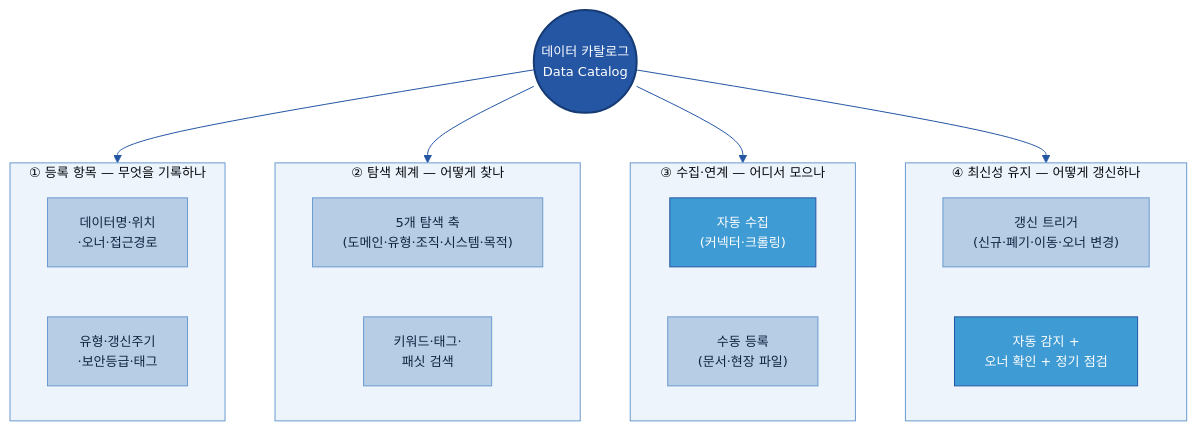
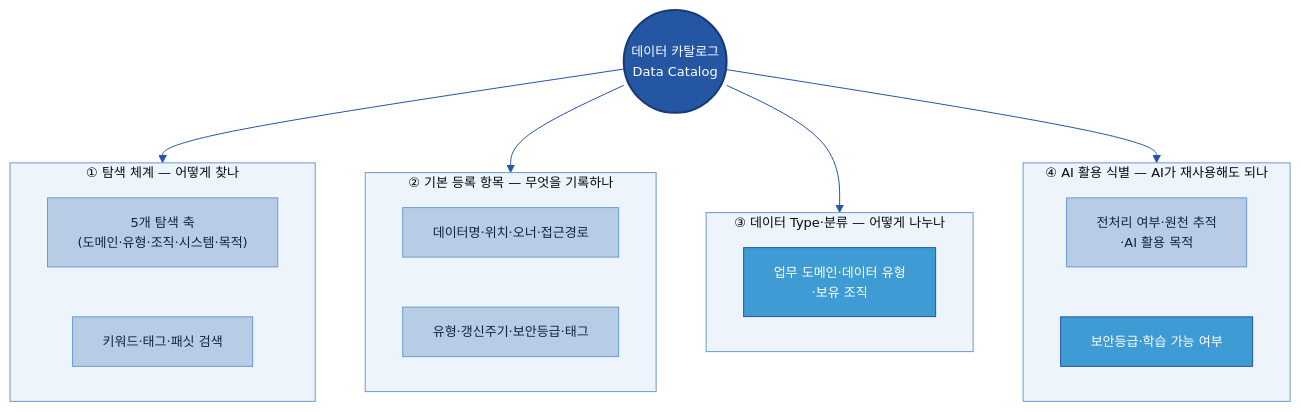
One commit to jin-kearney/ai-ready-data-manual changed the third of 12 diagrams in 가이드 작성/A-1 데이터 카탈로그/A-1 데이터 카탈로그.md. Above: the diagram before and after it, drawn with Mermaid. The commit also changed other lines of this file and 6 other files, not shown here.

````diff
--- a/가이드 작성/A-1 데이터 카탈로그/A-1 데이터 카탈로그.md
+++ b/가이드 작성/A-1 데이터 카탈로그/A-1 데이터 카탈로그.md
@@ -267,32 +195,31 @@
 ```mermaid
 %%{init: {'theme':'base','themeVariables':{'primaryColor':'#DCE8F5','primaryBorderColor':'#2456A4','primaryTextColor':'#10243f','lineColor':'#2456A4','clusterBkg':'#EEF4FB','clusterBorder':'#6B9AD1','fontSize':'13px'}}}%%
 flowchart TB
     CAT(("데이터 카탈로그<br/>Data Catalog")):::cat
-    subgraph E1B["① 등록 항목 — 무엇을 기록하나"]
-        direction LR
-        I1["데이터명·위치<br/>·오너·접근경로"]:::n
-        I2["유형·갱신주기<br/>·보안등급·태그"]:::n
-    end
-    subgraph E2B["② 탐색 체계 — 어떻게 찾나"]
+    subgraph E1B["① 탐색 체계 — 어떻게 찾나"]
         direction LR
         T1["5개 탐색 축<br/>(도메인·유형·조직·시스템·목적)"]:::n
-        T2["키워드·태그·<br/>패싯 검색"]:::n
+        T2["키워드·태그·패싯 검색"]:::n
     end
-    subgraph E3B["③ 수집·연계 — 어디서 모으나"]
+    subgraph E2B["② 기본 등록 항목 — 무엇을 기록하나"]
         direction LR
-        C1["자동 수집<br/>(커넥터·크롤링)"]:::gate
-        C2["수동 등록<br/>(문서·현장 파일)"]:::n
+        I1["데이터명·위치·오너·접근경로"]:::n
+        I2["유형·갱신주기·보안등급·태그"]:::n
     end
-    subgraph E4B["④ 최신성 유지 — 어떻게 갱신하나"]
+    subgraph E3B["③ 데이터 Type·분류 — 어떻게 나누나"]
         direction LR
-        U1["갱신 트리거<br/>(신규·폐기·이동·오너 변경)"]:::n
-        U2["자동 감지 +<br/>오너 확인 + 정기 점검"]:::gate
+        C1["업무 도메인·데이터 유형<br/>·보유 조직"]:::gate
+    end
+    subgraph E4B["④ AI 활용 식별 — AI가 재사용해도 되나"]
+        direction LR
+        A1["전처리 여부·원천 추적<br/>·AI 활용 목적"]:::n
+        A2["보안등급·학습 가능 여부"]:::gate
     end
     CAT --> E1B
     CAT --> E2B
     CAT --> E3B
     CAT --> E4B
     classDef n fill:#B7CDE6,stroke:#6B9AD1,color:#10243f;
     classDef cat fill:#2456A4,color:#fff,stroke:#163a73,stroke-width:2px;
     classDef gate fill:#3F9BD4,stroke:#2456A4,color:#fff;
 ```
````
